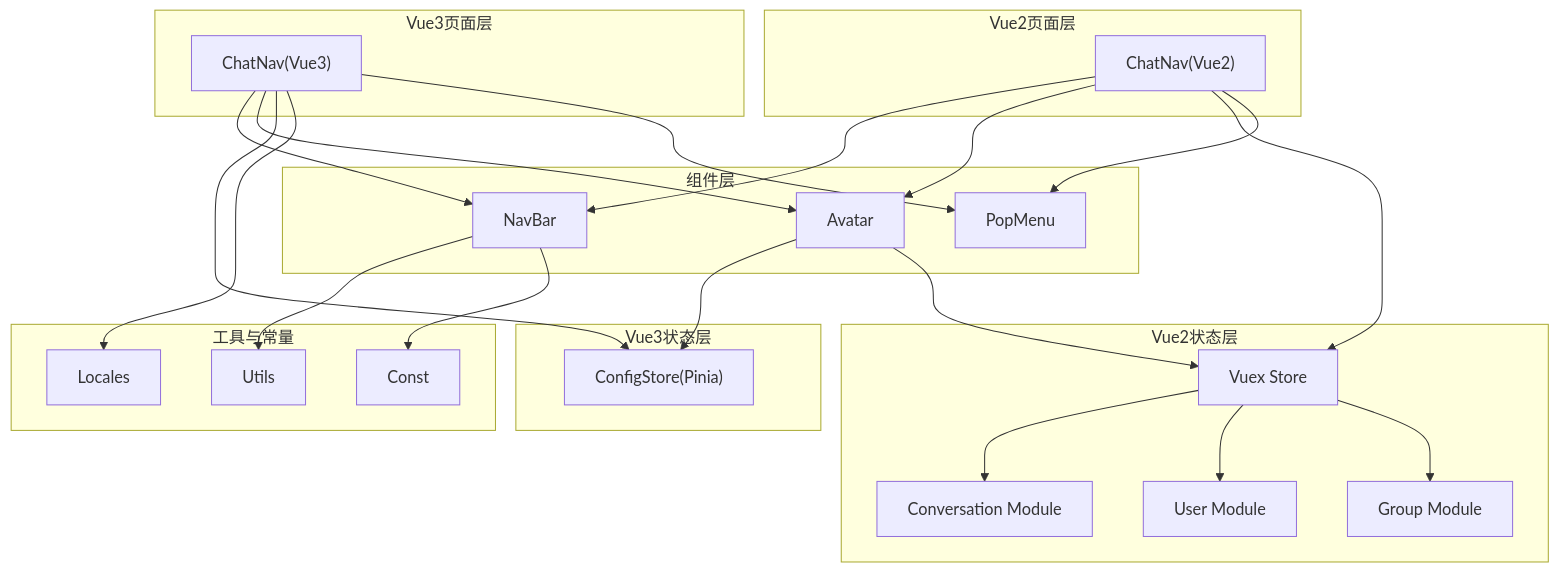
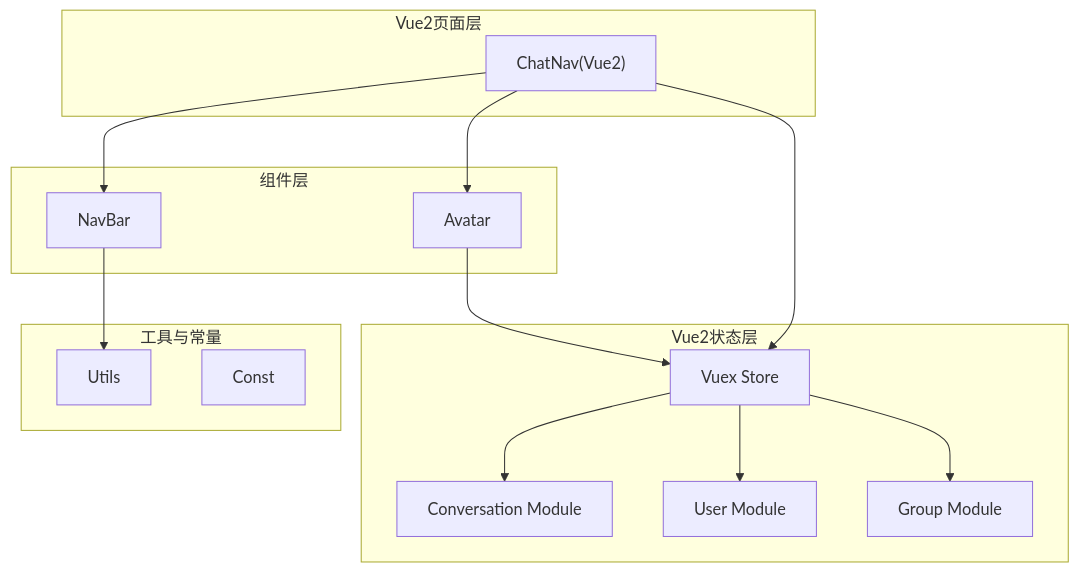
Before and after one commit to Easemob-Community/easemob-uikit-uniapp-community: the second of 7 diagrams in .qoder/repowiki/zh/content/聊天模块/聊天导航组件.md, drawn with Mermaid. The commit also changed other lines of this file and 11 other files, not shown here.

````diff
--- a/.qoder/repowiki/zh/content/聊天模块/聊天导航组件.md
+++ b/.qoder/repowiki/zh/content/聊天模块/聊天导航组件.md
@@ -107,44 +79,28 @@
 ```mermaid
 graph TB
-subgraph "Vue3页面层"
-ChatNav3["ChatNav(Vue3)"]
-end
 subgraph "Vue2页面层"
 ChatNav2["ChatNav(Vue2)"]
 end
 subgraph "组件层"
 NavBar["NavBar"]
 Avatar["Avatar"]
-PopMenu["PopMenu"]
-end
-subgraph "Vue3状态层"
-ConfigStore["ConfigStore(Pinia)"]
 end
 subgraph "Vue2状态层"
 VuexStore["Vuex Store"]
 ConversationModule["Conversation Module"]
 UserModule["User Module"]
 GroupModule["Group Module"]
 end
 subgraph "工具与常量"
 Utils["Utils"]
 Const["Const"]
-Locales["Locales"]
 end
-ChatNav3 --> NavBar
-ChatNav3 --> Avatar
-ChatNav3 --> ConfigStore
 ChatNav2 --> NavBar
 ChatNav2 --> Avatar
 ChatNav2 --> VuexStore
-ChatNav3 --> Locales
-ChatNav3 --> PopMenu
-ChatNav2 --> PopMenu
 NavBar --> Utils
-Avatar --> ConfigStore
-NavBar --> Const
 Avatar --> VuexStore
 VuexStore --> ConversationModule
 VuexStore --> UserModule
 VuexStore --> GroupModule
 ```
````
